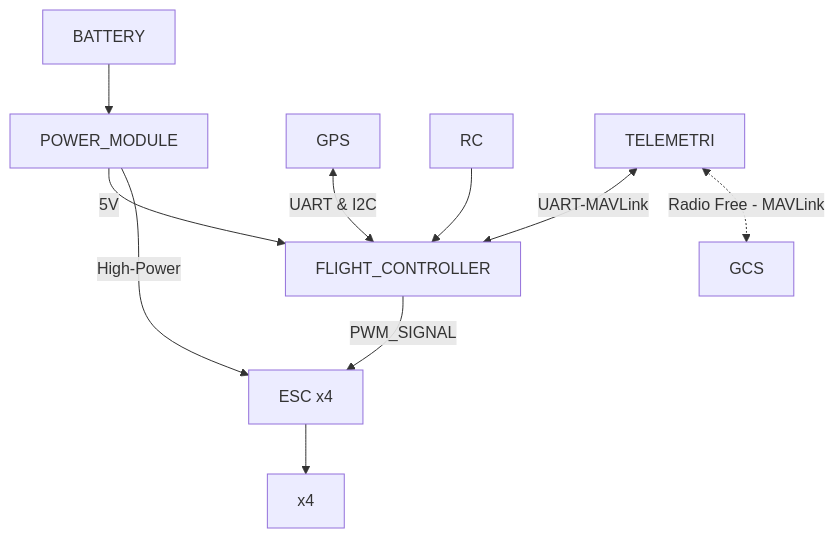
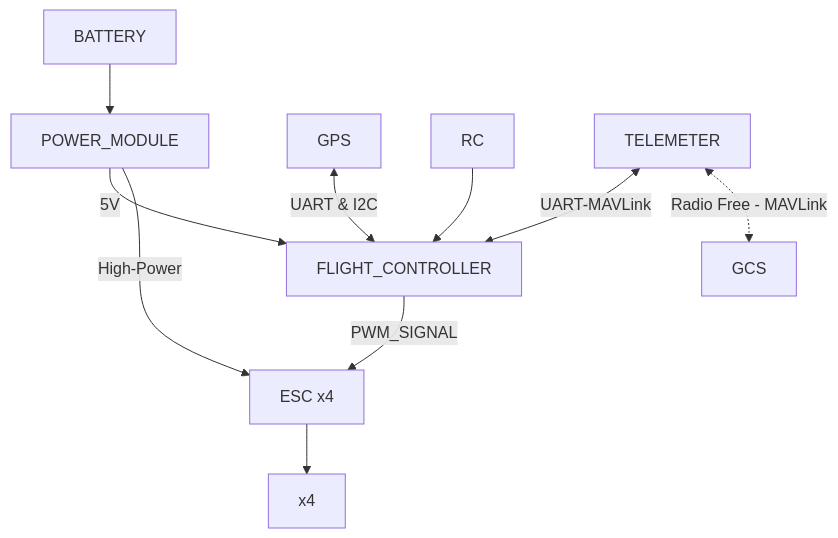
Before and after one commit to MelihCSE/tusmec-uav-ugv-heterogeneous-control: the first of 2 diagrams in README.md, drawn with Mermaid. The commit also changed other lines of this file, not shown here.

Commit message:
Correct 'TELEMETRI' to 'TELEMETER' in README
Updated terminology from 'TELEMETRI' to 'TELEMETER' for consistency.

````diff
--- a/README.md
+++ b/README.md
@@ -12,12 +12,12 @@
 ```mermaid
 graph TD
   BATTERY --> POWER_MODULE
   POWER_MODULE --> |5V| FLIGHT_CONTROLLER
   POWER_MODULE --> |High-Power| ESC[ESC x4]
   FLIGHT_CONTROLLER --> |PWM_SIGNAL| ESC
   ESC --> MOTOR[x4]
   GPS <-->|UART & I2C| FLIGHT_CONTROLLER
   RC --> FLIGHT_CONTROLLER
-  TELEMETRI <-->|UART-MAVLink| FLIGHT_CONTROLLER
-  TELEMETRI <-.->|Radio Free - MAVLink| GCS
+  TELEMETER <-->|UART-MAVLink| FLIGHT_CONTROLLER
+  TELEMETER <-.->|Radio Free - MAVLink| GCS
 ```
````
